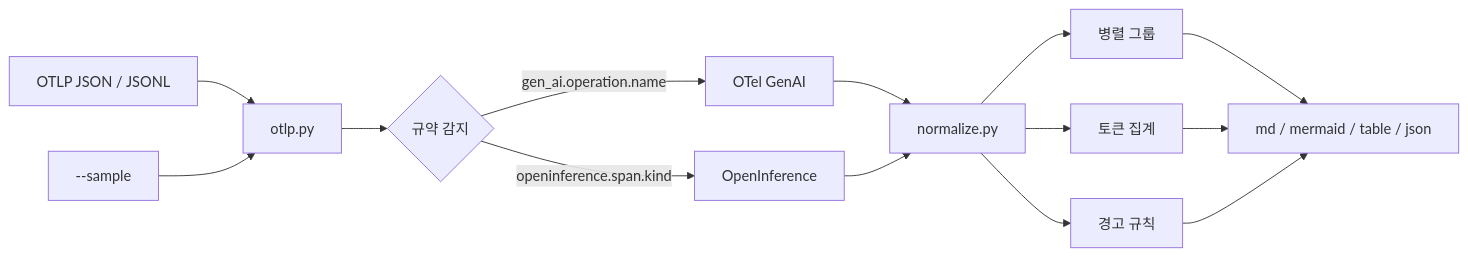
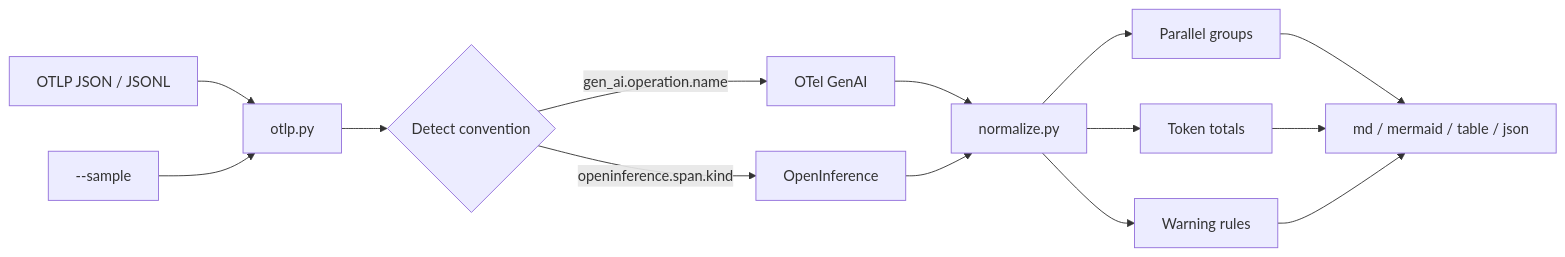
Before and after one commit to LeeGyeongPil/handoffmap: the diagram in README.md, drawn with Mermaid. The commit also changed other lines of this file and 2 other files, not shown here.

````diff
--- a/README.md
+++ b/README.md
@@ -285,16 +285,16 @@
 ```mermaid
 flowchart LR
   F[OTLP JSON / JSONL] --> L[otlp.py]
   S[--sample] --> L
-  L --> D{규약 감지}
+  L --> D{"Detect convention"}
   D -->|gen_ai.operation.name| G[OTel GenAI]
   D -->|openinference.span.kind| O[OpenInference]
   G --> N[normalize.py]
   O --> N
-  N --> P[병렬 그룹]
-  N --> U[토큰 집계]
-  N --> C[경고 규칙]
+  N --> P["Parallel groups"]
+  N --> U["Token totals"]
+  N --> C["Warning rules"]
   P --> R[md / mermaid / table / json]
   U --> R
   C --> R
 ```
````
